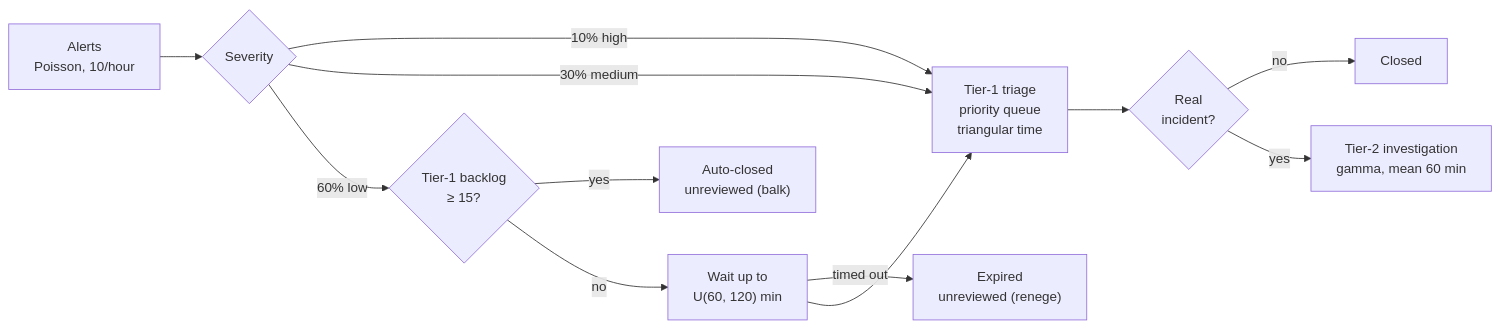
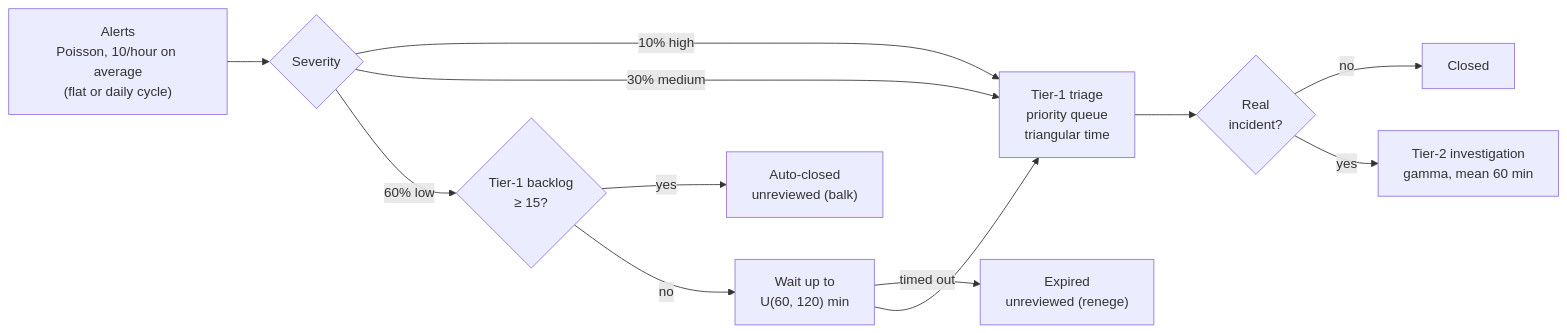
One commit to casildata/soc-alert-triage-simulation changed the diagram in README.md. Above: the diagram before and after it, drawn with Mermaid. The commit also changed other lines of this file and 23 other files, not shown here.

First line of the commit message:
Add daily cycle, shifts and an alert flood; common random numbers; CI

````diff
--- a/README.md
+++ b/README.md
@@ -47,14 +49,14 @@
 ```mermaid
 flowchart LR
-    G["Alerts<br/>Poisson, 10/hour"] --> S{"Severity"}
+    G["Alerts<br/>Poisson, 10/hour on average<br/>(flat or daily cycle)"] --> S{"Severity"}
     S -->|"10% high"| T1
     S -->|"30% medium"| T1
     S -->|"60% low"| B{"Tier-1 backlog<br/>≥ 15?"}
     B -->|yes| X["Auto-closed<br/>unreviewed (balk)"]
     B -->|no| R["Wait up to<br/>U(60, 120) min"]
     R -->|"timed out"| E["Expired<br/>unreviewed (renege)"]
     R --> T1["Tier-1 triage<br/>priority queue<br/>triangular time"]
     T1 --> TP{"Real<br/>incident?"}
     TP -->|"no"| C["Closed"]
     TP -->|"yes"| T2["Tier-2 investigation<br/>gamma, mean 60 min"]
 ```
````
